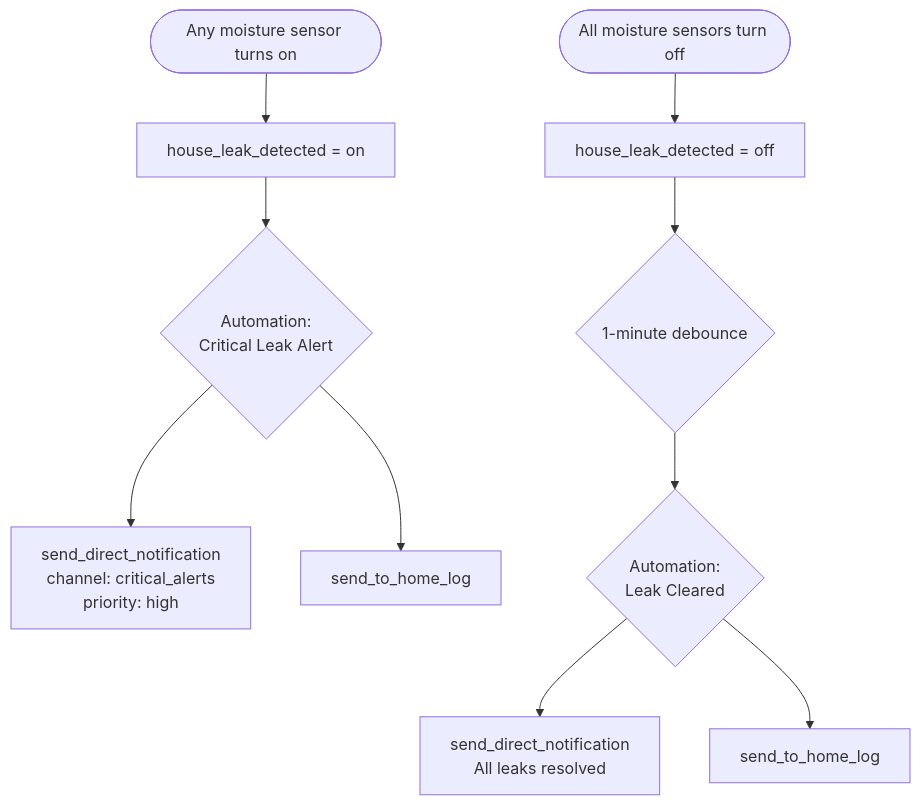
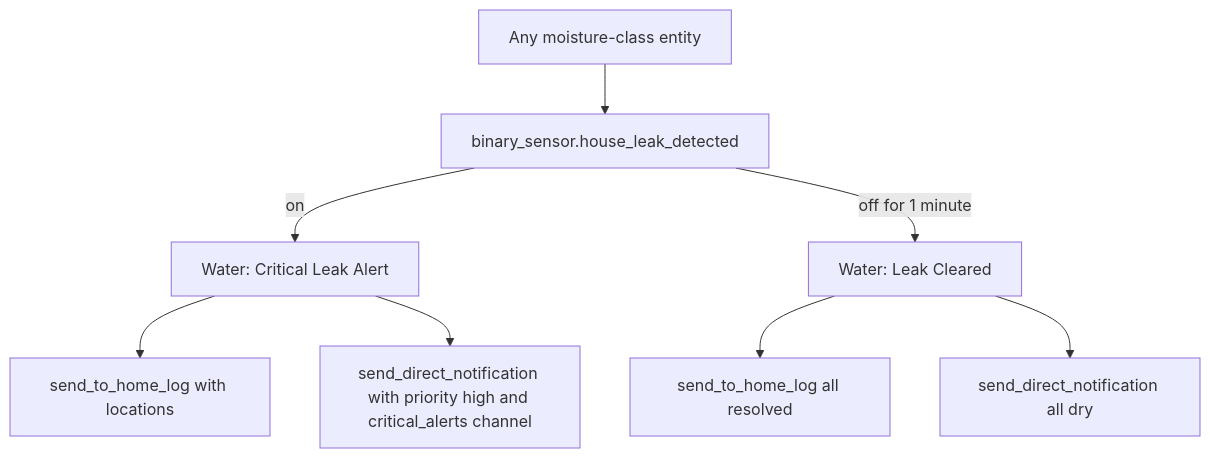
The diagram in packages/integrations/water_README.md (dannytsang/homeassistant-config), drawn with Mermaid before and after one commit. The commit also changed other lines of this file and 60 other files, not shown here.

````diff
--- a/packages/integrations/water_README.md
+++ b/packages/integrations/water_README.md
@@ -24,13 +22,11 @@
 ```mermaid
 flowchart TD
-    A([Any moisture sensor turns on]) --> B[house_leak_detected = on]
-    B --> C{Automation:\nCritical Leak Alert}
-    C --> D[send_direct_notification\nchannel: critical_alerts\npriority: high]
-    C --> E[send_to_home_log]
+    Moisture[Any moisture-class entity] --> Template[binary_sensor.house_leak_detected]
+    Template -->|on| Alert[Water: Critical Leak Alert]
+    Alert --> Log[send_to_home_log with locations]
+    Alert --> Notify[send_direct_notification with priority high and critical_alerts channel]
 
-    F([All moisture sensors turn off]) --> G[house_leak_detected = off]
-    G --> H{1-minute debounce}
-    H --> I{Automation:\nLeak Cleared}
-    I --> J[send_direct_notification\nAll leaks resolved]
-    I --> K[send_to_home_log]
+    Template -->|off for 1 minute| Clear[Water: Leak Cleared]
+    Clear --> ClearLog[send_to_home_log all resolved]
+    Clear --> ClearNotify[send_direct_notification all dry]
 ```
````
